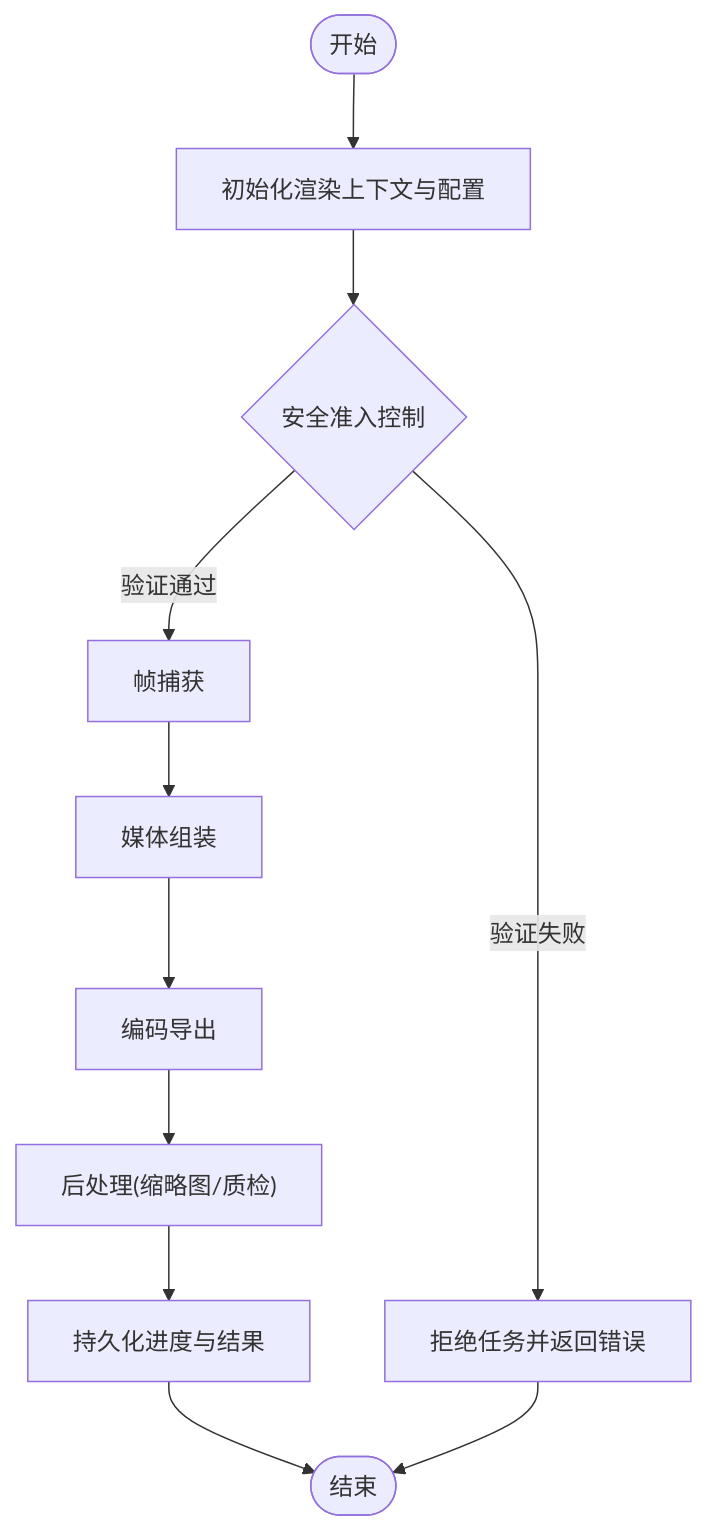
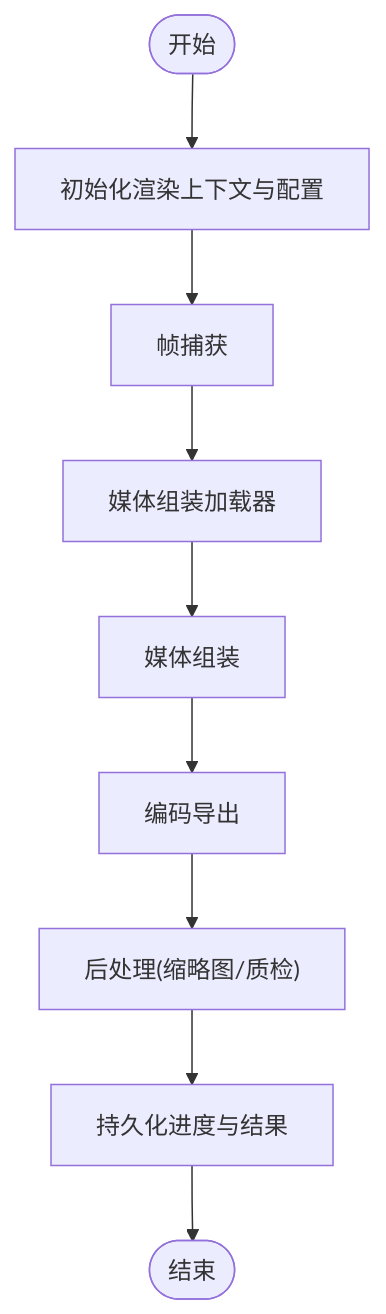
One commit to scottcwy/PurpleInk changed the third of 4 diagrams in .qoder/repowiki/zh/content/渲染引擎/渲染流水线/渲染流水线.md. Above: the diagram before and after it, drawn with Mermaid. The commit also changed other lines of this file and 29 other files, not shown here.

````diff
--- a/.qoder/repowiki/zh/content/渲染引擎/渲染流水线/渲染流水线.md
+++ b/.qoder/repowiki/zh/content/渲染引擎/渲染流水线/渲染流水线.md
@@ -222,13 +224,11 @@
 ```mermaid
 flowchart TD
 Start(["开始"]) --> Init["初始化渲染上下文与配置"]
-Init --> Admit{"安全准入控制"}
-Admit --> |验证失败| Fail["拒绝任务并返回错误"]
-Admit --> |验证通过| Capture["帧捕获"]
-Capture --> Assemble["媒体组装"]
+Init --> Capture["帧捕获"]
+Capture --> LoadMedia["媒体组装加载器"]
+LoadMedia --> Assemble["媒体组装"]
 Assemble --> Encode["编码导出"]
 Encode --> PostProc["后处理(缩略图/质检)"]
 PostProc --> Persist["持久化进度与结果"]
 Persist --> End(["结束"])
-Fail --> End
 ```
````
